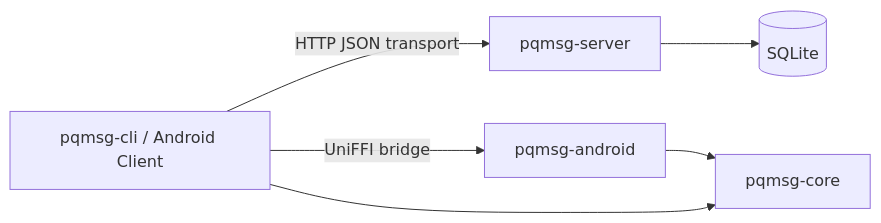
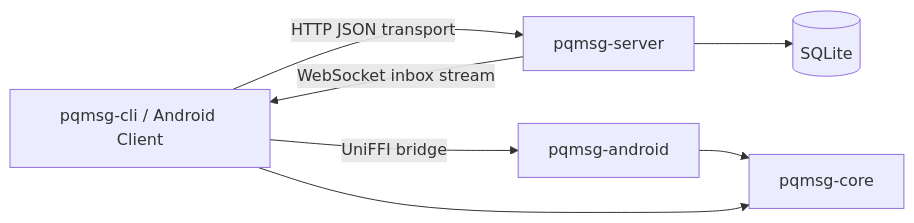
One commit to ErenAri/post-quantum-messaging-app changed the first of 2 diagrams in README.md. Above: the diagram before and after it, drawn with Mermaid. The commit also changed other lines of this file and 36 other files, not shown here.

````diff
--- a/README.md
+++ b/README.md
@@ -25,8 +25,9 @@
 ```mermaid
 flowchart LR
     C[pqmsg-cli / Android Client] -->|HTTP JSON transport| S[pqmsg-server]
+    S -->|WebSocket inbox stream| C
     C -->|UniFFI bridge| A[pqmsg-android]
     A --> CORE[pqmsg-core]
     C --> CORE
     S --> DB[(SQLite)]
 ```
````
